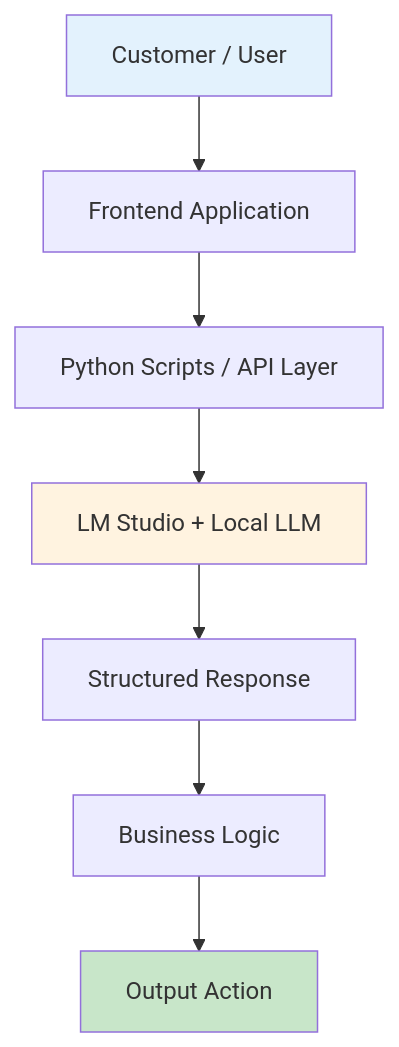
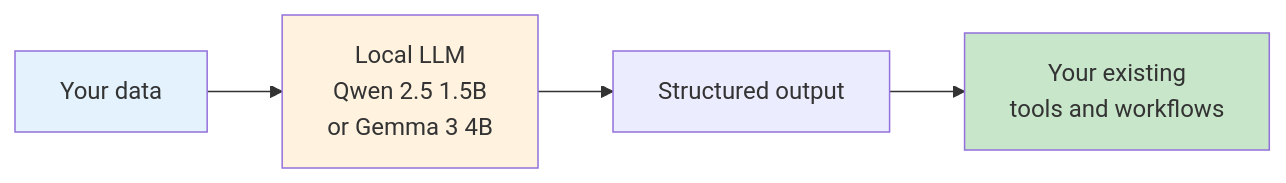
Before and after one commit to aiwithr/ai_llm: the diagram in docs/index.md, drawn with Mermaid. The commit also changed other lines of this file and 6 other files, not shown here.

Commit message:
A2: new IA - Get Started section, placeholder pages for Adoption/Architecture/Case Studies, fixed site metadata, bilingual spec2code

````diff
--- a/docs/index.md
+++ b/docs/index.md
@@ -11,13 +55,10 @@
 ```mermaid
-flowchart TD
-    A[Customer / User] --> B[Frontend Application]
-    B --> C[Python Scripts / API Layer]
-    C --> D[LM Studio + Local LLM]
-    D --> E[Structured Response]
-    E --> F[Business Logic]
-    F --> G[Output Action]
-    
+flowchart LR
+    A[Your data] --> B[Local LLM<br/>Qwen 2.5 1.5B<br/>or Gemma 3 4B]
+    B --> C[Structured output]
+    C --> D[Your existing<br/>tools and workflows]
+
     style A fill:#e3f2fd
-    style D fill:#fff3e0
-    style G fill:#c8e6c9
+    style B fill:#fff3e0
+    style D fill:#c8e6c9
 ```
````
